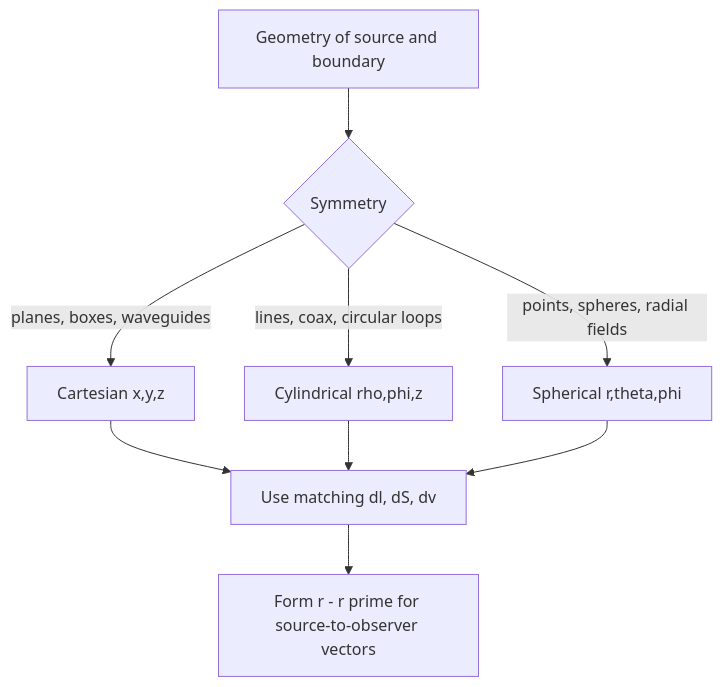
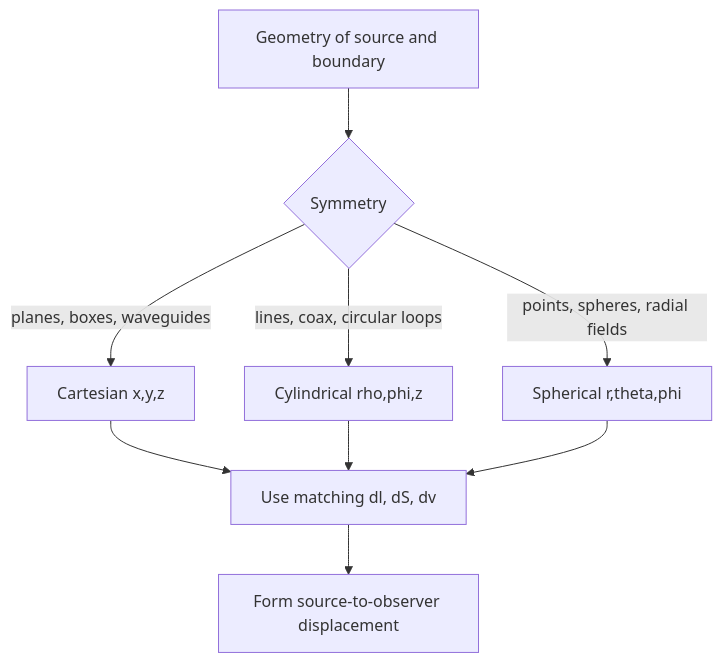
Before and after one commit to justinbrianhwang/SJ-wiki: the diagram in docs/physics/electromagnetics/vector-algebra-coordinate-systems.md, drawn with Mermaid. The commit also changed other lines of this file and 166 other files, not shown here.

````diff
--- a/docs/physics/electromagnetics/vector-algebra-coordinate-systems.md
+++ b/docs/physics/electromagnetics/vector-algebra-coordinate-systems.md
@@ -149,11 +297,11 @@
 ```mermaid
 flowchart TD
-  G[Geometry of source and boundary] --> C{Symmetry}
+  G["Geometry of source and boundary"] --> C{"Symmetry"}
   C -->|"planes, boxes, waveguides"| X["Cartesian x,y,z"]
   C -->|"lines, coax, circular loops"| Y["Cylindrical rho,phi,z"]
   C -->|"points, spheres, radial fields"| Z["Spherical r,theta,phi"]
   X --> I["Use matching dl, dS, dv"]
   Y --> I
   Z --> I
-  I --> R[Form r - r prime for source-to-observer vectors]
+  I --> R["Form source-to-observer displacement"]
 ```
````
